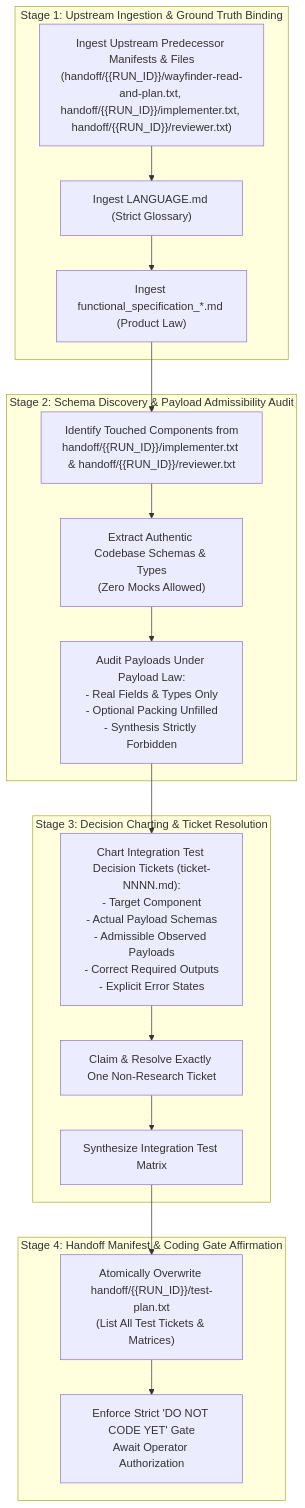
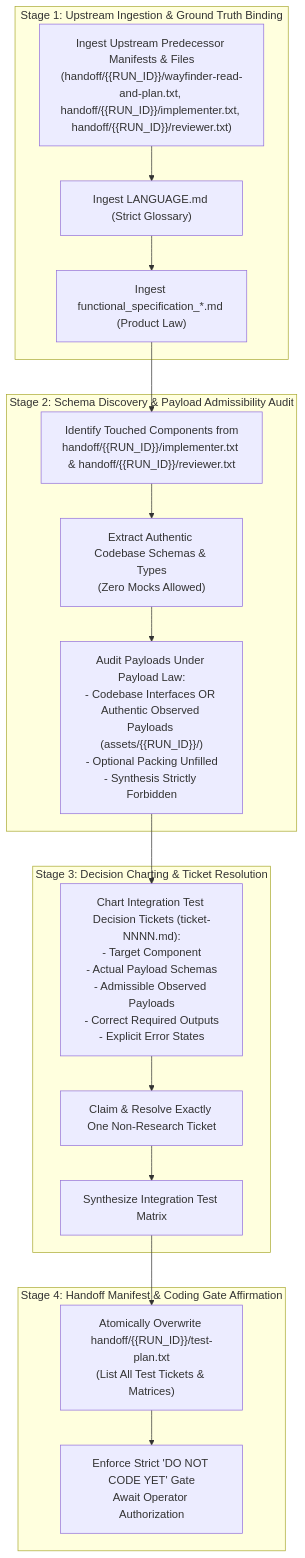
The diagram in .sandcastle/tester.md (LuisP1028/Bartending), drawn with Mermaid before and after one commit. The commit also changed other lines of this file and 14 other files, not shown here.

````diff
--- a/.sandcastle/tester.md
+++ b/.sandcastle/tester.md
@@ -131,29 +160,29 @@
 ```mermaid
 flowchart TD
     subgraph STAGE_1["Stage 1: Upstream Ingestion & Ground Truth Binding"]
         INGEST_MANIFESTS["Ingest Upstream Predecessor Manifests & Files\n(handoff/{{RUN_ID}}/wayfinder-read-and-plan.txt, handoff/{{RUN_ID}}/implementer.txt, handoff/{{RUN_ID}}/reviewer.txt)"]
         INGEST_GLOSSARY["Ingest LANGUAGE.md (Strict Glossary)"]
         INGEST_SPECS["Ingest functional_specification_*.md (Product Law)"]
         INGEST_MANIFESTS --> INGEST_GLOSSARY --> INGEST_SPECS
     end
 
     subgraph STAGE_2["Stage 2: Schema Discovery & Payload Admissibility Audit"]
         AUDIT_COMPONENTS["Identify Touched Components from\nhandoff/{{RUN_ID}}/implementer.txt & handoff/{{RUN_ID}}/reviewer.txt"]
         DISCOVER_SCHEMAS["Extract Authentic Codebase Schemas & Types\n(Zero Mocks Allowed)"]
-        EVAL_PAYLOADS["Audit Payloads Under Payload Law:\n- Real Fields & Types Only\n- Optional Packing Unfilled\n- Synthesis Strictly Forbidden"]
+        EVAL_PAYLOADS["Audit Payloads Under Payload Law:\n- Codebase Interfaces OR Authentic Observed Payloads (assets/{{RUN_ID}}/)\n- Optional Packing Unfilled\n- Synthesis Strictly Forbidden"]
         INGEST_SPECS --> AUDIT_COMPONENTS --> DISCOVER_SCHEMAS --> EVAL_PAYLOADS
     end
 
     subgraph STAGE_3["Stage 3: Decision Charting & Ticket Resolution"]
         CHART_DECISIONS["Chart Integration Test Decision Tickets (ticket-NNNN.md):\n- Target Component\n- Actual Payload Schemas\n- Admissible Observed Payloads\n- Correct Required Outputs\n- Explicit Error States"]
         CLAIM_TICKET["Claim & Resolve Exactly One Non-Research Ticket"]
         BUILD_MATRIX["Synthesize Integration Test Matrix"]
         EVAL_PAYLOADS --> CHART_DECISIONS --> CLAIM_TICKET --> BUILD_MATRIX
     end
 
     subgraph STAGE_4["Stage 4: Handoff Manifest & Coding Gate Affirmation"]
         GEN_MANIFEST["Atomically Overwrite handoff/{{RUN_ID}}/test-plan.txt\n(List All Test Tickets & Matrices)"]
         AFFIRM_GATE["Enforce Strict 'DO NOT CODE YET' Gate\nAwait Operator Authorization"]
         BUILD_MATRIX --> GEN_MANIFEST --> AFFIRM_GATE
     end
 ```
````
